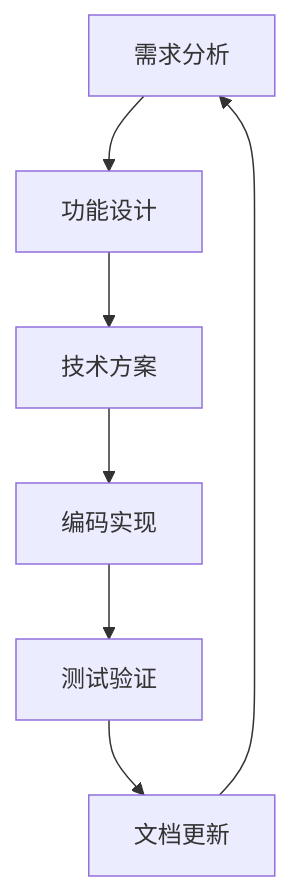
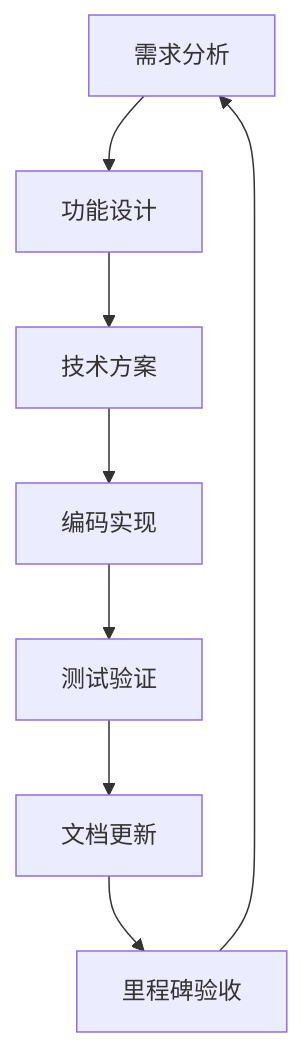
One commit to QtImM/wechatMiniprogram_Store changed the fifth of 9 diagrams in .qoder/repowiki/zh/content/开发指南/开发流程规范.md. Above: the diagram before and after it, drawn with Mermaid. The commit also changed other lines of this file and 41 other files, not shown here.

````diff
--- a/.qoder/repowiki/zh/content/开发指南/开发流程规范.md
+++ b/.qoder/repowiki/zh/content/开发指南/开发流程规范.md
@@ -162,9 +243,10 @@
 ```mermaid
 flowchart TD
 REQ["需求分析"] --> DESIGN["功能设计"]
 DESIGN --> TECH["技术方案"]
 TECH --> IMPLEMENT["编码实现"]
 IMPLEMENT --> TEST["测试验证"]
 TEST --> DOC["文档更新"]
-DOC --> REQ
+DOC --> MILESTONE["里程碑验收"]
+MILESTONE --> REQ
 ```
````
